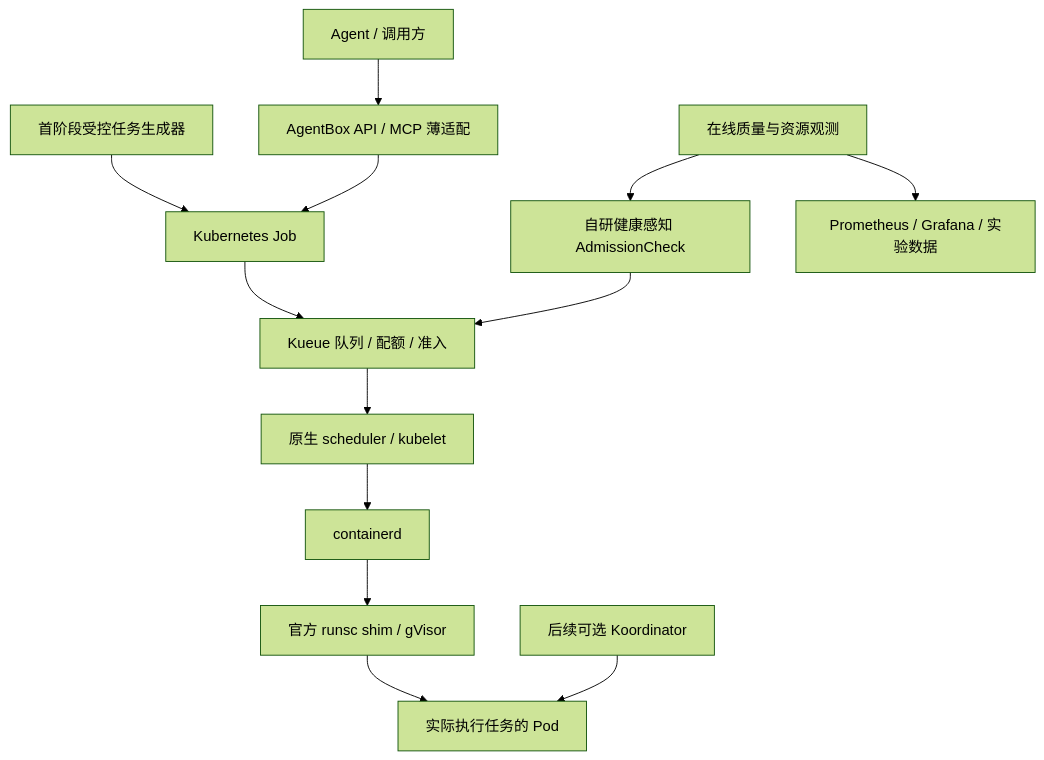
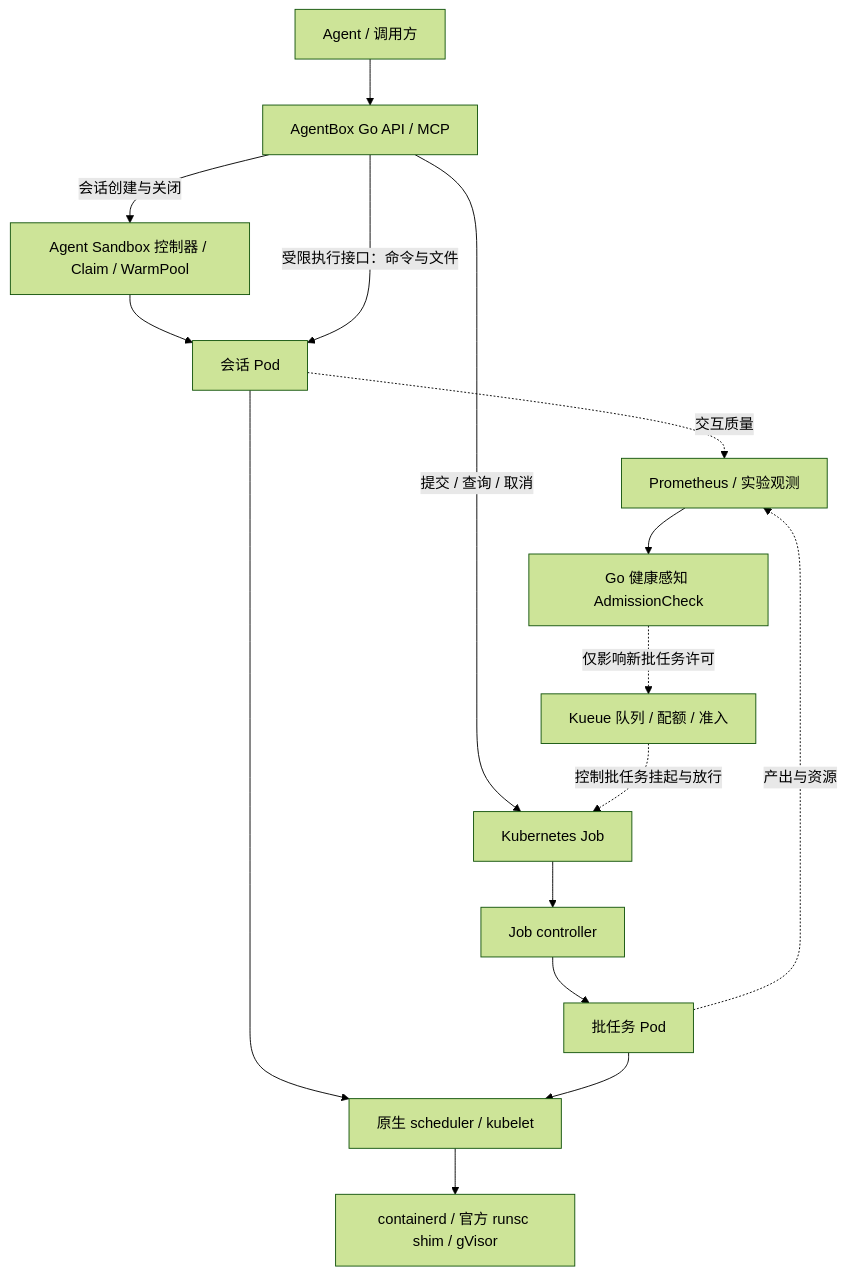
The diagram in DESIGN.md (X1Kun/AgentBox), drawn with Mermaid (forest theme) before and after one commit. The commit also changed other lines of this file and 15 other files, not shown here.

First line of the commit message:
feat(platform): bootstrap Kubernetes lab and define session and batch architecture

````diff
--- a/DESIGN.md
+++ b/DESIGN.md
@@ -38,15 +39,18 @@
 ```mermaid
 flowchart TD
-    A[Agent / 调用方] --> B[AgentBox API / MCP 薄适配]
-    T[首阶段受控任务生成器] --> J[Kubernetes Job]
-    B --> J
-    J --> Q[Kueue 队列 / 配额 / 准入]
-    H[自研健康感知 AdmissionCheck] --> Q
-    Q --> S[原生 scheduler / kubelet]
-    S --> C[containerd]
-    C --> R[官方 runsc shim / gVisor]
-    R --> P[实际执行任务的 Pod]
-    K[后续可选 Koordinator] --> P
-    O[在线质量与资源观测] --> H
-    O --> M[Prometheus / Grafana / 实验数据]
+    U[Agent / 调用方] --> A[AgentBox Go API / MCP]
+    A -->|会话创建与关闭| AS[Agent Sandbox 控制器 / Claim / WarmPool]
+    AS --> SP[会话 Pod]
+    A -->|受限执行接口：命令与文件| SP
+    A -->|提交 / 查询 / 取消| J[Kubernetes Job]
+    Q[Kueue 队列 / 配额 / 准入] -.->|控制批任务挂起与放行| J
+    J --> JC[Job controller]
+    JC --> BP[批任务 Pod]
+    SP --> N[原生 scheduler / kubelet]
+    BP --> N
+    N --> C[containerd / 官方 runsc shim / gVisor]
+    SP -.->|交互质量| M[Prometheus / 实验观测]
+    BP -.->|产出与资源| M
+    M --> H[Go 健康感知 AdmissionCheck]
+    H -.->|仅影响新批任务许可| Q
 ```
````
